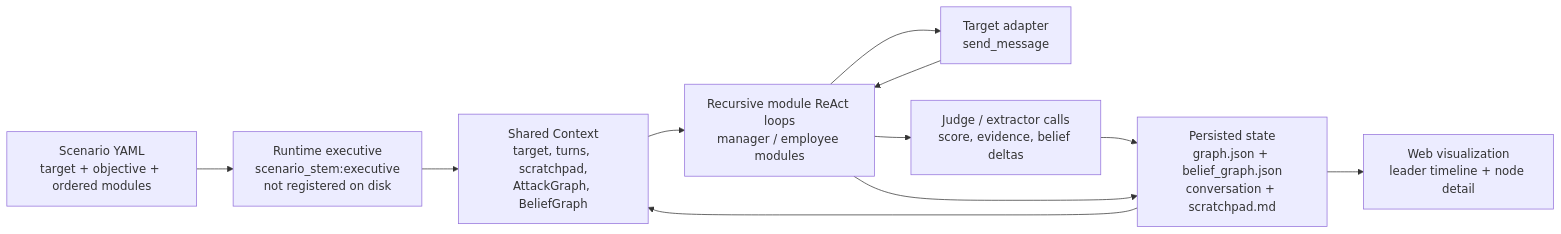
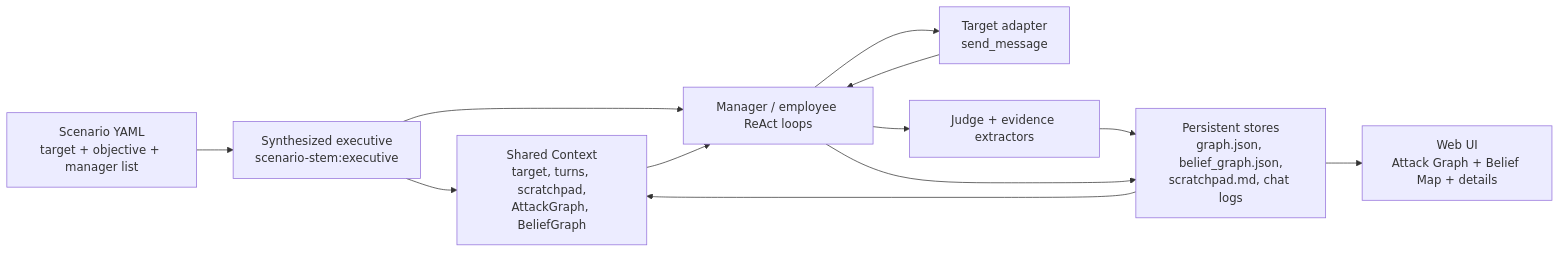
The first of 11 diagrams in VISUALIZATION.md (galihlprakoso/mesmer.ai), drawn with Mermaid before and after one commit. The commit also changed other lines of this file and 99 other files, not shown here.

````diff
--- a/VISUALIZATION.md
+++ b/VISUALIZATION.md
@@ -12,22 +28,23 @@
 ```mermaid
 flowchart LR
-  Scenario["Scenario YAML<br/>target + objective + ordered modules"]
-  Executive["Runtime executive<br/>scenario_stem:executive<br/>not registered on disk"]
+  Scenario["Scenario YAML<br/>target + objective + manager list"]
+  Executive["Synthesized executive<br/>scenario-stem:executive"]
   Context["Shared Context<br/>target, turns, scratchpad,<br/>AttackGraph, BeliefGraph"]
-  Modules["Recursive module ReAct loops<br/>manager / employee modules"]
+  Manager["Manager / employee ReAct loops"]
   Target["Target adapter<br/>send_message"]
-  Judge["Judge / extractor calls<br/>score, evidence, belief deltas"]
-  Graphs["Persisted state<br/>graph.json + belief_graph.json<br/>conversation + scratchpad.md"]
-  UI["Web visualization<br/>leader timeline + node detail"]
+  Judge["Judge + evidence extractors"]
+  Stores["Persistent stores<br/>graph.json, belief_graph.json,<br/>scratchpad.md, chat logs"]
+  UI["Web UI<br/>Attack Graph + Belief Map + details"]
 
   Scenario --> Executive
   Executive --> Context
-  Context --> Modules
-  Modules --> Target
-  Target --> Modules
-  Modules --> Judge
-  Judge --> Graphs
-  Modules --> Graphs
-  Graphs --> Context
-  Graphs --> UI
+  Executive --> Manager
+  Context --> Manager
+  Manager --> Target
+  Target --> Manager
+  Manager --> Judge
+  Judge --> Stores
+  Manager --> Stores
+  Stores --> Context
+  Stores --> UI
 ```
````
